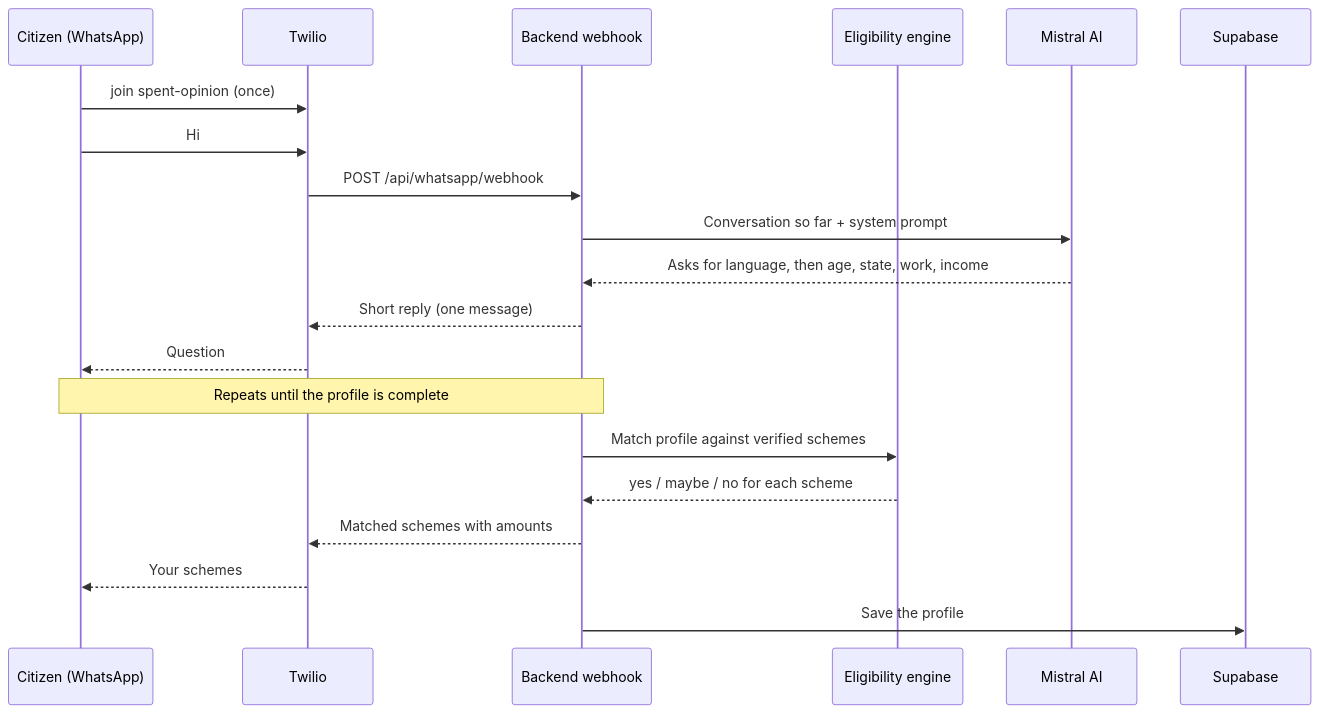
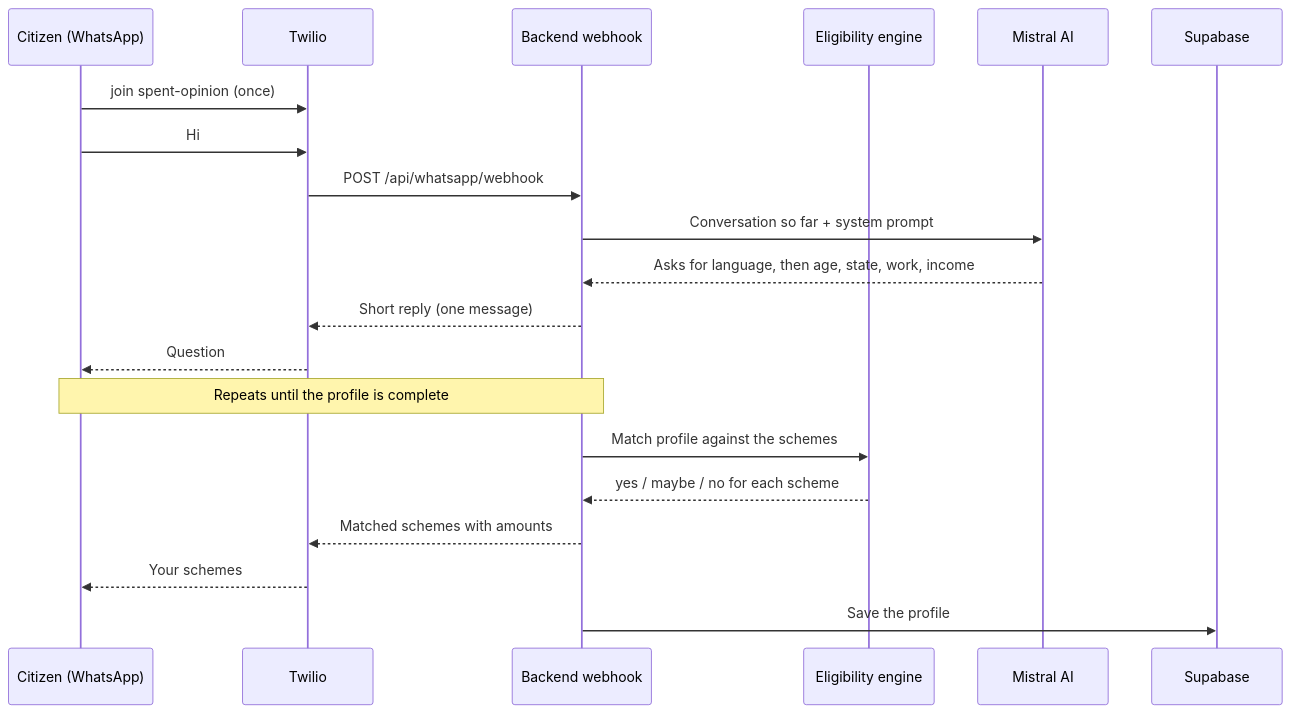
Before and after one commit to PawanBhandari03/BharatSahayak-V2: the third of 6 diagrams in README.md, drawn with Mermaid. The commit also changed other lines of this file and 15 other files, not shown here.

````diff
--- a/README.md
+++ b/README.md
@@ -118,23 +116,23 @@
 ```mermaid
 sequenceDiagram
     participant U as Citizen (WhatsApp)
     participant T as Twilio
     participant B as Backend webhook
     participant E as Eligibility engine
     participant M as Mistral AI
     participant D as Supabase
 
     U->>T: join spent-opinion (once)
     U->>T: Hi
     T->>B: POST /api/whatsapp/webhook
     B->>M: Conversation so far + system prompt
     M-->>B: Asks for language, then age, state, work, income
     B-->>T: Short reply (one message)
     T-->>U: Question
     Note over U,B: Repeats until the profile is complete
-    B->>E: Match profile against verified schemes
+    B->>E: Match profile against the schemes
     E-->>B: yes / maybe / no for each scheme
     B-->>T: Matched schemes with amounts
     T-->>U: Your schemes
     B->>D: Save the profile
 ```
````
